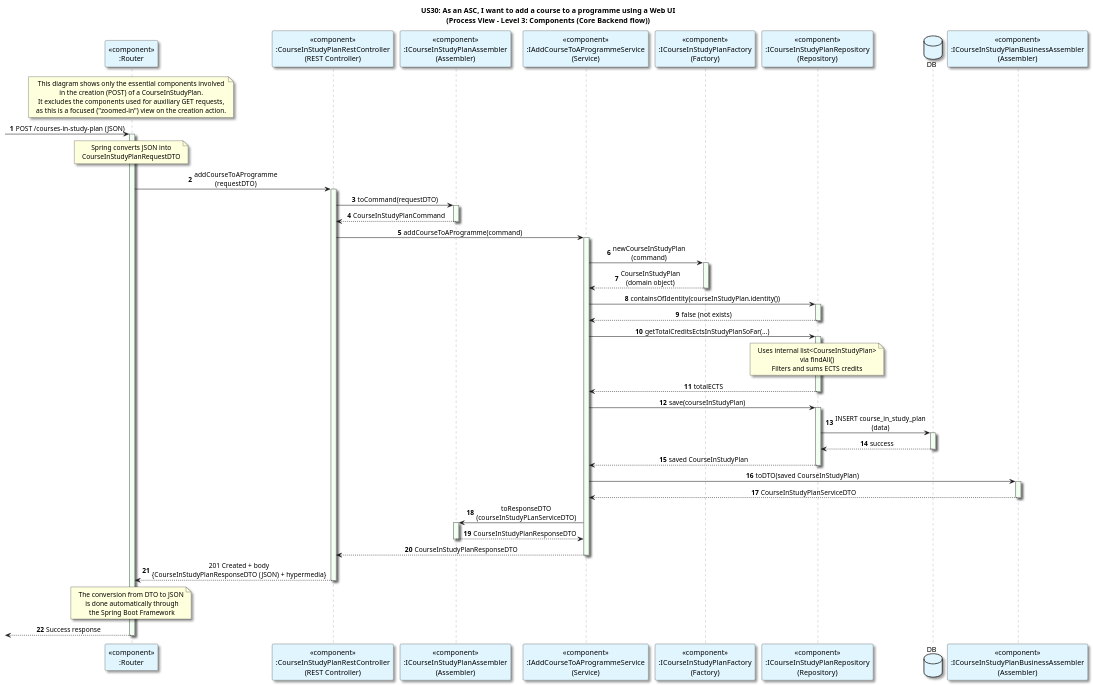
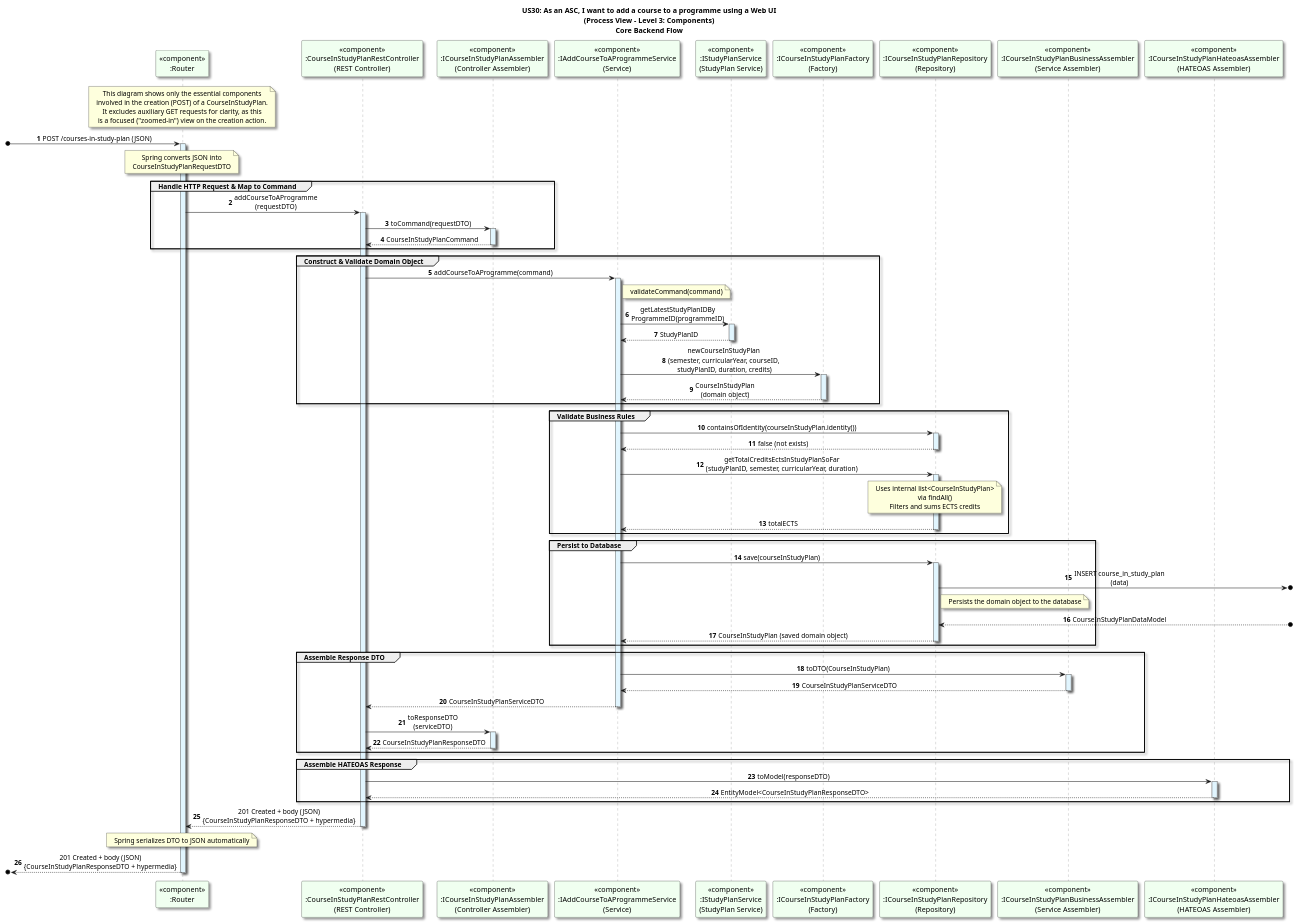
The diagram in docs/US30/Sprint_7/ProcessView/Level3_ComponentContext_Backend.puml (GasparISEP/DevOps-PAI), drawn with PlantUML before and after one commit.

Commit message:
docs(addCourseToAProgramme): refactor level 3 process diagram to fully align with service logic, improve clarity with grouping and detailed interactions, include HATEOAS assembly, and abstract DB internals (refs #701, #705)

```diff
--- a/docs/US30/Sprint_7/ProcessView/Level3_ComponentContext_Backend.puml
+++ b/docs/US30/Sprint_7/ProcessView/Level3_ComponentContext_Backend.puml
@@ -1,108 +1,127 @@
 @startuml
-title: US30: As an ASC, I want to add a course to a programme using a Web UI\n(Process View - Level 3: Components (Core Backend flow))
+title: US30: As an ASC, I want to add a course to a programme using a Web UI\n(Process View - Level 3: Components)\nCore Backend Flow
 autonumber
 
 skinparam {
   ActivityPadding 2
   ActivityMargin 2
   BoxPadding 2
 }
 skinparam sequence {
     LifeLineBorderColor Grey
-    LifeLineBackgroundColor HoneyDew
+    LifeLineBackgroundColor #E1F5FE
 }
 skinparam defaultTextAlignment center
 skinparam shadowing true
 
-participant "<<component>>\n:Router" as Router #E1F5FE
-participant "<<component>>\n:CourseInStudyPlanRestController\n(REST Controller)" as Controller #E1F5FE
-participant "<<component>>\n:ICourseInStudyPlanAssembler\n(Assembler)" as Assembler #E1F5FE
-participant "<<component>>\n:IAddCourseToAProgrammeService\n(Service)" as Service #E1F5FE
-participant "<<component>>\n:ICourseInStudyPlanFactory\n(Factory)" as Factory #E1F5FE
-participant "<<component>>\n:ICourseInStudyPlanRepository\n(Repository)" as Repository #E1F5FE
-database DB as DB #E1F5FE
-participant "<<component>>\n:ICourseInStudyPlanBusinessAssembler\n(Assembler)" as BAssembler #E1F5FE
-
+participant "<<component>>\n:Router" as Router #honeydew
+participant "<<component>>\n:CourseInStudyPlanRestController\n(REST Controller)" as Controller #honeydew
+participant "<<component>>\n:ICourseInStudyPlanAssembler\n(Controller Assembler)" as Assembler #honeydew
+participant "<<component>>\n:IAddCourseToAProgrammeService\n(Service)" as Service #honeydew
+participant "<<component>>\n:IStudyPlanService\n(StudyPlan Service)" as StudyPlanService #honeydew
+participant "<<component>>\n:ICourseInStudyPlanFactory\n(Factory)" as Factory #honeydew
+participant "<<component>>\n:ICourseInStudyPlanRepository\n(Repository)" as Repository #honeydew
+participant "<<component>>\n:ICourseInStudyPlanBusinessAssembler\n(Service Assembler)" as BAssembler #honeydew
+participant "<<component>>\n:ICourseInStudyPlanHateoasAssembler\n(HATEOAS Assembler)" as HateoasAssembler #honeydew
 
 note over Router
-This diagram shows only the essential components involved
-in the creation (POST) of a CourseInStudyPlan.
-It excludes the components used for auxiliary GET requests,
-as this is a focused ("zoomed-in") view on the creation action.
+This diagram shows only the essential components
+involved in the creation (POST) of a CourseInStudyPlan.
+It excludes auxiliary GET requests for clarity, as this
+is a focused ("zoomed-in") view on the creation action.
 end note
 
--> Router: POST /courses-in-study-plan (JSON)
+[o-> Router: POST /courses-in-study-plan (JSON)
 activate Router
 note over Router
 Spring converts JSON into
 CourseInStudyPlanRequestDTO
 end note
+group Handle HTTP Request & Map to Command
 Router -> Controller: addCourseToAProgramme\n(requestDTO)
 activate Controller
 
 
 Controller -> Assembler: toCommand(requestDTO)
 activate Assembler
 Assembler --> Controller: CourseInStudyPlanCommand
 deactivate Assembler
+end group
 
-
-
+group Construct & Validate Domain Object
 Controller -> Service: addCourseToAProgramme(command)
 activate Service
+note right of Service: validateCommand(command)
+Service -> StudyPlanService: getLatestStudyPlanIDBy\nProgrammeID(programmeID)
+activate StudyPlanService
+StudyPlanService --> Service: StudyPlanID
+deactivate StudyPlanService
 
-
-Service -> Factory: newCourseInStudyPlan\n(command)
+Service -> Factory: newCourseInStudyPlan\n(semester, curricularYear, courseID,\n studyPlanID, duration, credits)
 activate Factory
 
 Factory --> Service: CourseInStudyPlan\n(domain object)
 deactivate Factory
+end
 
+group Validate Business Rules
 Service -> Repository: containsOfIdentity(courseInStudyPlan.identity())
 activate Repository
 Repository --> Service: false (not exists)
 deactivate Repository
 
-Service -> Repository: getTotalCreditsEctsInStudyPlanSoFar(...)
+Service -> Repository: getTotalCreditsEctsInStudyPlanSoFar\n(studyPlanID, semester, curricularYear, duration)
 activate Repository
 note over Repository
 Uses internal list<CourseInStudyPlan>
 via findAll()
 Filters and sums ECTS credits
 end note
 Repository --> Service: totalECTS
 deactivate Repository
+end group
 
-
+group Persist to Database
 Service -> Repository: save(courseInStudyPlan)
 activate Repository
 
-Repository -> DB: INSERT course_in_study_plan\n(data)
-activate DB
-DB --> Repository: success
-deactivate DB
+Repository ->o]: INSERT course_in_study_plan\n(data)
+note right of Repository
+Persists the domain object to the database
+end note
+Repository <--o]: CourseInStudyPlanDataModel
 
-Repository --> Service: saved CourseInStudyPlan
+Repository --> Service: CourseInStudyPlan (saved domain object)
 deactivate Repository
+end group
 
-Service -> BAssembler: toDTO(saved CourseInStudyPlan)
+group Assemble Response DTO
+Service -> BAssembler: toDTO(CourseInStudyPlan)
 activate BAssembler
 BAssembler --> Service: CourseInStudyPlanServiceDTO
 deactivate BAssembler
+Service --> Controller: CourseInStudyPlanServiceDTO
+deactivate Service
 
-    Service -> Assembler: toResponseDTO\n(courseInStudyPLanServiceDTO)
+    Controller -> Assembler: toResponseDTO\n(serviceDTO)
     activate Assembler
-    Assembler --> Service: CourseInStudyPlanResponseDTO
+    Assembler --> Controller: CourseInStudyPlanResponseDTO
     deactivate Assembler
-    Service --> Controller: CourseInStudyPlanResponseDTO
-    deactivate Service
-    Controller --> Router: 201 Created + body\n{CourseInStudyPlanResponseDTO (JSON) + hypermedia}
+    end group
 
-note over Router: The conversion from DTO to JSON\n is done automatically through\n the Spring Boot Framework
+    group Assemble HATEOAS Response
+    Controller -> HateoasAssembler: toModel(responseDTO)
+    activate HateoasAssembler
+    HateoasAssembler --> Controller: EntityModel<CourseInStudyPlanResponseDTO>
+    deactivate HateoasAssembler
+    end group
+    Controller --> Router: 201 Created + body (JSON)\n{CourseInStudyPlanResponseDTO + hypermedia}
+
+note over Router: Spring serializes DTO to JSON automatically
 
 
 deactivate Controller
 
-<-- Router: Success response
+[o<-- Router: 201 Created + body (JSON)\n{CourseInStudyPlanResponseDTO + hypermedia}
 deactivate Router
 @enduml
```
